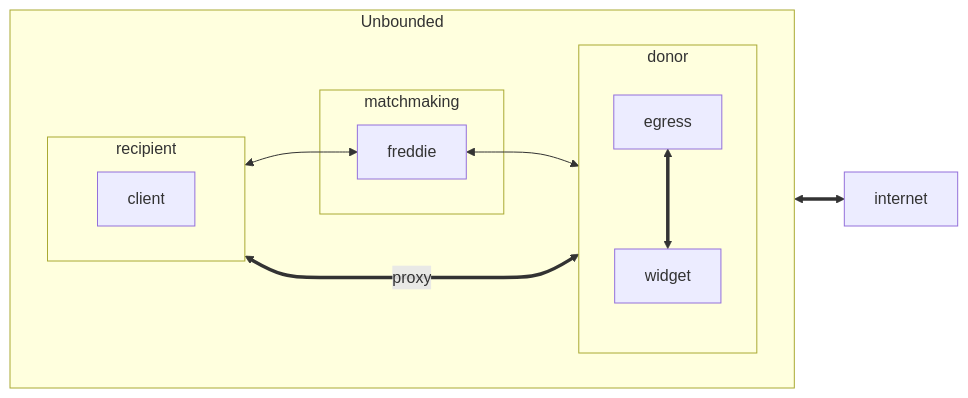
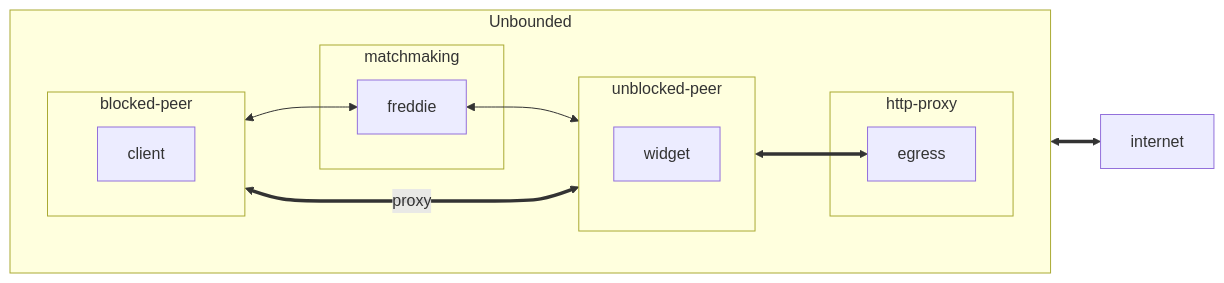
Before and after one commit to getlantern/unbounded: the diagram in diagrams.md, drawn with Mermaid.

Commit message:
update to reflect that egress runs on http-proxy

````diff
--- a/diagrams.md
+++ b/diagrams.md
@@ -5,20 +5,23 @@
 ```mermaid
 flowchart LR
   subgraph Unbounded
     direction LR
-    subgraph recipient
+    subgraph http-proxy
+      egress
+    end
+    subgraph blocked-peer
       direction LR
       client
     end
-    subgraph donor
+    subgraph unblocked-peer
       direction BT
       widget <==> egress
     end
     subgraph matchmaking
       freddie <--> widget
     end
   end
   client <==> |proxy| widget
   egress <==> internet
   client <--> freddie
 ```
````
